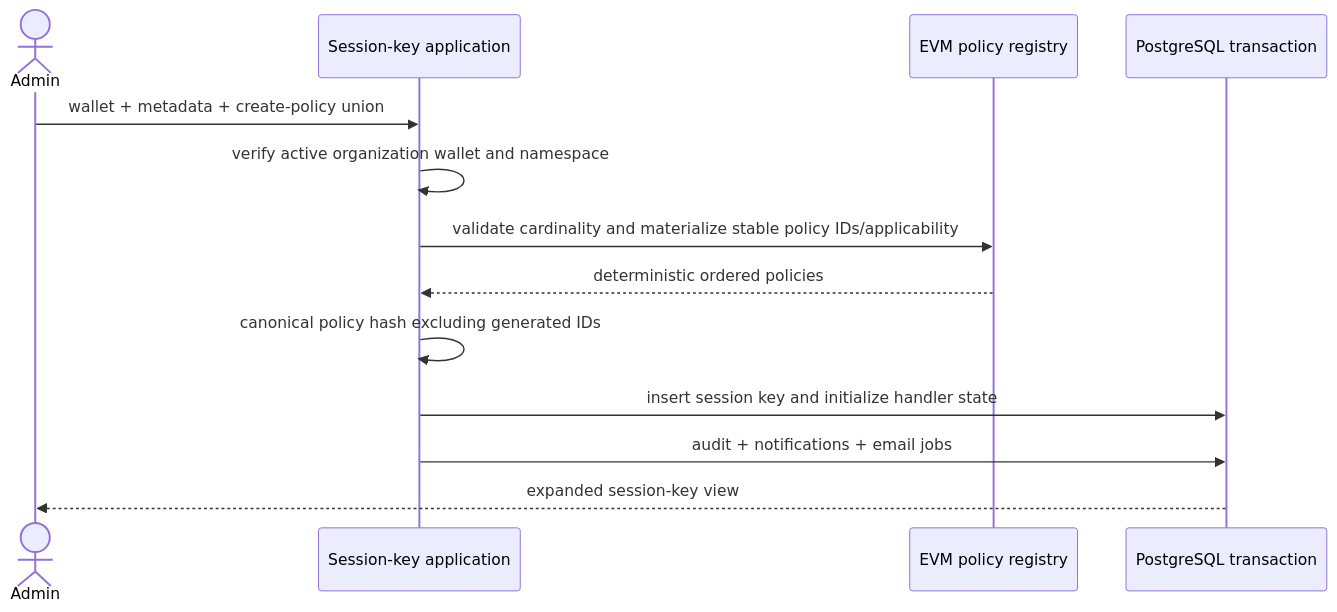
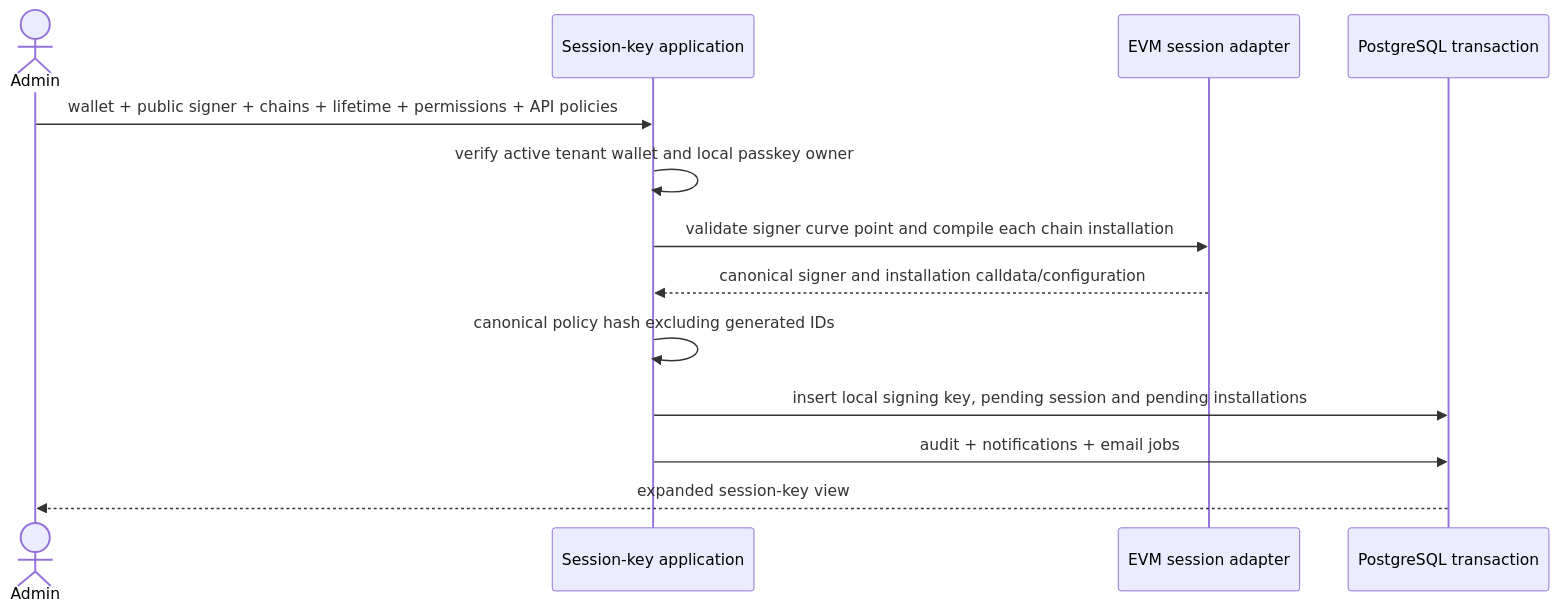
Before and after one commit to thenamespace/namera: the diagram in architecture/wallets/session-keys.md, drawn with Mermaid. The commit also changed other lines of this file and 108 other files, not shown here.

Commit message:
feat: add owner-approved sessions and local execution signing

````diff
--- a/architecture/wallets/session-keys.md
+++ b/architecture/wallets/session-keys.md
@@ -21,16 +26,16 @@
 ```mermaid
 sequenceDiagram
   actor Admin
   participant App as Session-key application
-  participant Policy as EVM policy registry
+  participant EVM as EVM session adapter
   participant Tx as PostgreSQL transaction
 
-  Admin->>App: wallet + metadata + create-policy union
-  App->>App: verify active organization wallet and namespace
-  App->>Policy: validate cardinality and materialize stable policy IDs/applicability
-  Policy-->>App: deterministic ordered policies
+  Admin->>App: wallet + public signer + chains + lifetime + permissions + API policies
+  App->>App: verify active tenant wallet and local passkey owner
+  App->>EVM: validate signer curve point and compile each chain installation
+  EVM-->>App: canonical signer and installation calldata/configuration
   App->>App: canonical policy hash excluding generated IDs
-  App->>Tx: insert session key and initialize handler state
+  App->>Tx: insert local signing key, pending session and pending installations
   App->>Tx: audit + notifications + email jobs
   Tx-->>Admin: expanded session-key view
 ```
````
